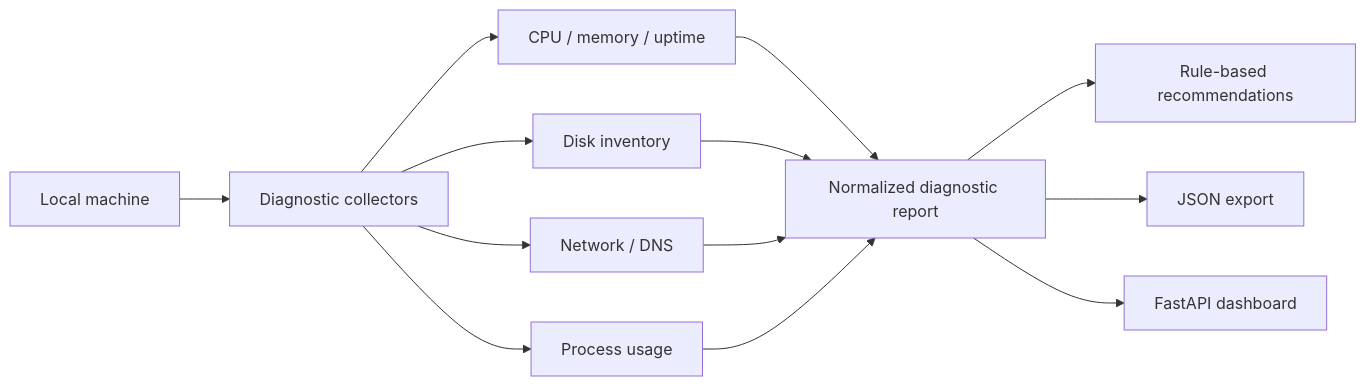
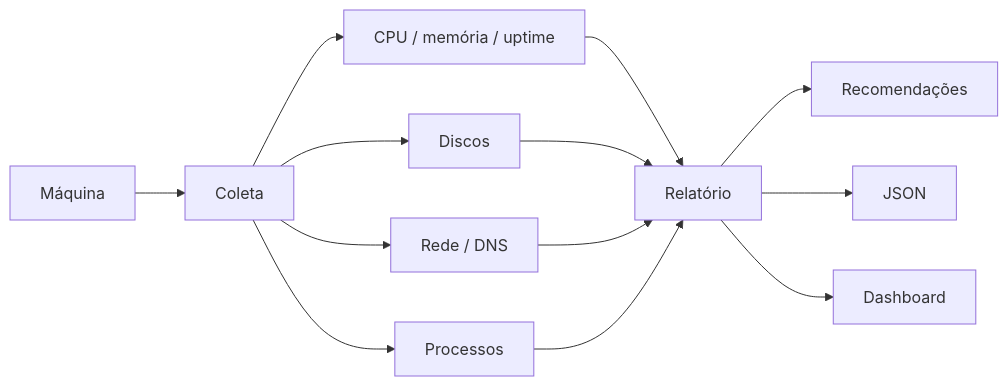
The diagram in docs/ARCHITECTURE.md (Clebin0/it-support-toolkit), drawn with Mermaid before and after one commit. The commit also changed other lines of this file, not shown here.

Commit message:
docs: simplify architecture notes

````diff
--- a/docs/ARCHITECTURE.md
+++ b/docs/ARCHITECTURE.md
@@ -9,15 +5,15 @@
 ```mermaid
 flowchart LR
-    A[Local machine] --> B[Diagnostic collectors]
-    B --> C[CPU / memory / uptime]
-    B --> D[Disk inventory]
-    B --> E[Network / DNS]
-    B --> F[Process usage]
-    C --> G[Normalized diagnostic report]
+    A[Máquina] --> B[Coleta]
+    B --> C[CPU / memória / uptime]
+    B --> D[Discos]
+    B --> E[Rede / DNS]
+    B --> F[Processos]
+    C --> G[Relatório]
     D --> G
     E --> G
     F --> G
-    G --> H[Rule-based recommendations]
-    G --> I[JSON export]
-    G --> J[FastAPI dashboard]
+    G --> H[Recomendações]
+    G --> I[JSON]
+    G --> J[Dashboard]
 ```
````
